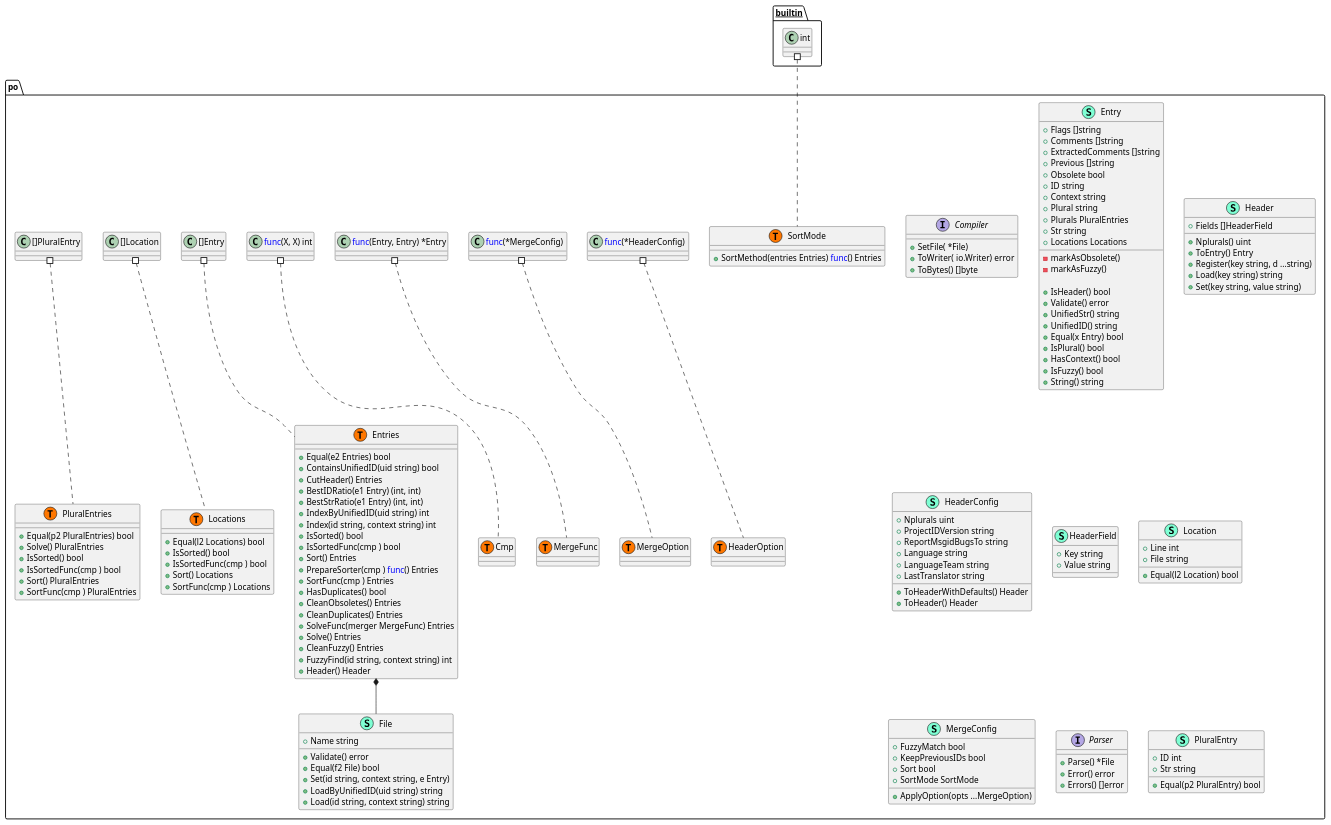
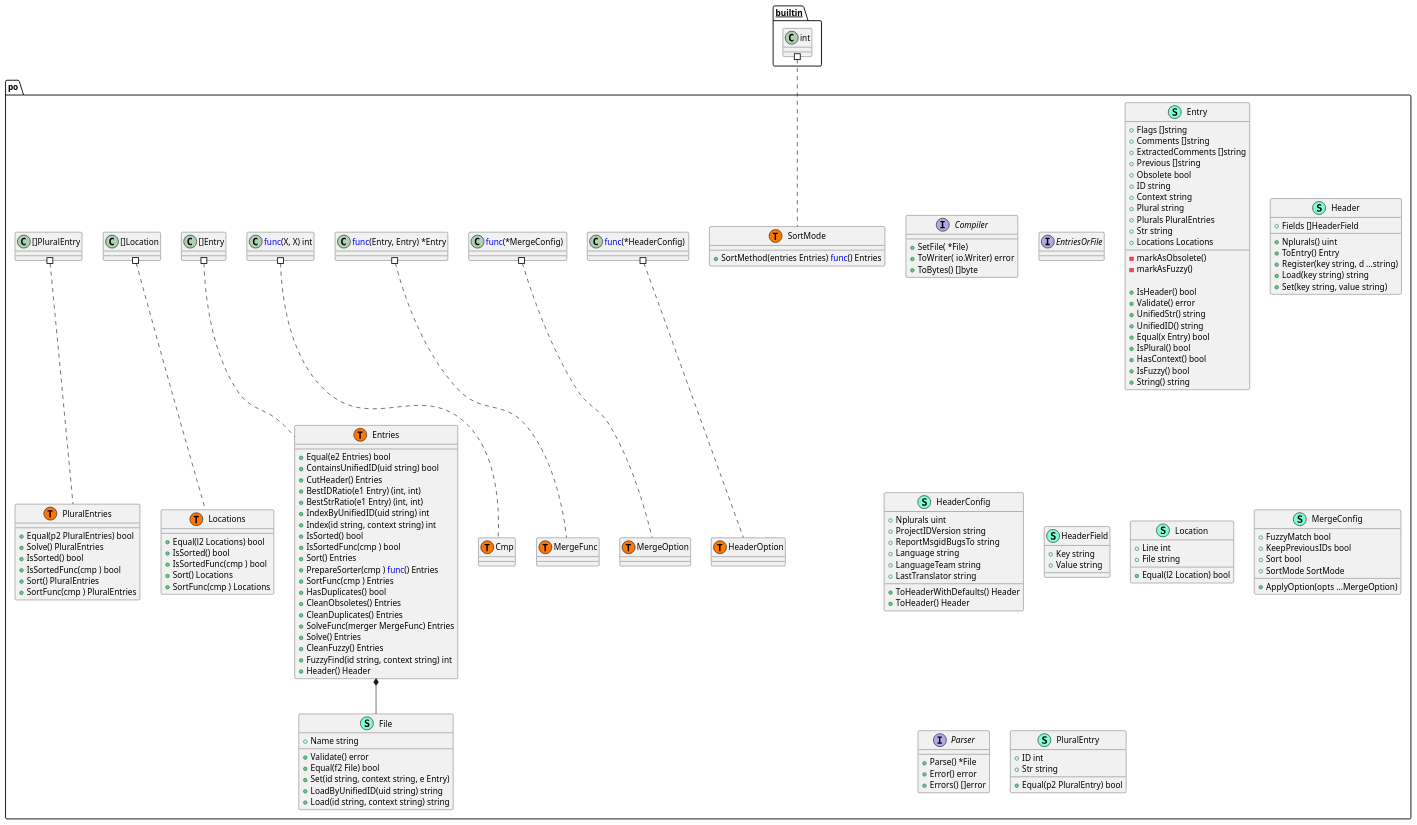
Before and after one commit to Tom5521/gotext-tools: the diagram in pkg/po/structure.puml, drawn with PlantUML. The commit also changed 8 other files, not shown here.

```diff
--- a/pkg/po/structure.puml
+++ b/pkg/po/structure.puml
@@ -1,174 +1,176 @@
 @startuml
 namespace po {
     interface Compiler  {
         + SetFile( *File) 
         + ToWriter( io.Writer) error
         + ToBytes() []byte
 
     }
     class Entries << (S,Aquamarine) >> {
         + Equal(e2 Entries) bool
         + ContainsUnifiedID(uid string) bool
         + CutHeader() Entries
         + BestIDRatio(e1 Entry) (int, int)
         + BestStrRatio(e1 Entry) (int, int)
         + IndexByUnifiedID(uid string) int
         + Index(id string, context string) int
         + IsSorted() bool
         + IsSortedFunc(cmp ) bool
         + Sort() Entries
         + PrepareSorter(cmp ) <font color=blue>func</font>() Entries
         + SortFunc(cmp ) Entries
         + HasDuplicates() bool
         + CleanObsoletes() Entries
         + CleanDuplicates() Entries
         + SolveFunc(merger MergeFunc) Entries
         + Solve() Entries
         + CleanFuzzy() Entries
         + FuzzyFind(id string, context string) int
         + Header() Header
 
+    }
+    interface EntriesOrFile  {
     }
     class Entry << (S,Aquamarine) >> {
         + Flags []string
         + Comments []string
         + ExtractedComments []string
         + Previous []string
         + Obsolete bool
         + ID string
         + Context string
         + Plural string
         + Plurals PluralEntries
         + Str string
         + Locations Locations
 
         - markAsObsolete() 
         - markAsFuzzy() 
 
         + IsHeader() bool
         + Validate() error
         + UnifiedStr() string
         + UnifiedID() string
         + Equal(x Entry) bool
         + IsPlural() bool
         + HasContext() bool
         + IsFuzzy() bool
         + String() string
 
     }
     class File << (S,Aquamarine) >> {
         + Name string
 
         + Validate() error
         + Equal(f2 File) bool
         + Set(id string, context string, e Entry) 
         + LoadByUnifiedID(uid string) string
         + Load(id string, context string) string
 
     }
     class Header << (S,Aquamarine) >> {
         + Fields []HeaderField
 
         + Nplurals() uint
         + ToEntry() Entry
         + Register(key string, d ...string) 
         + Load(key string) string
         + Set(key string, value string) 
 
     }
     class HeaderConfig << (S,Aquamarine) >> {
         + Nplurals uint
         + ProjectIDVersion string
         + ReportMsgidBugsTo string
         + Language string
         + LanguageTeam string
         + LastTranslator string
 
         + ToHeaderWithDefaults() Header
         + ToHeader() Header
 
     }
     class HeaderField << (S,Aquamarine) >> {
         + Key string
         + Value string
 
     }
     class Location << (S,Aquamarine) >> {
         + Line int
         + File string
 
         + Equal(l2 Location) bool
 
     }
     class Locations << (S,Aquamarine) >> {
         + Equal(l2 Locations) bool
         + IsSorted() bool
         + IsSortedFunc(cmp ) bool
         + Sort() Locations
         + SortFunc(cmp ) Locations
 
     }
     class MergeConfig << (S,Aquamarine) >> {
         + FuzzyMatch bool
         + KeepPreviousIDs bool
         + Sort bool
         + SortMode SortMode
 
         + ApplyOption(opts ...MergeOption) 
 
     }
     interface Parser  {
         + Parse() *File
         + Error() error
         + Errors() []error
 
     }
     class PluralEntries << (S,Aquamarine) >> {
         + Equal(p2 PluralEntries) bool
         + Solve() PluralEntries
         + IsSorted() bool
         + IsSortedFunc(cmp ) bool
         + Sort() PluralEntries
         + SortFunc(cmp ) PluralEntries
 
     }
     class PluralEntry << (S,Aquamarine) >> {
         + ID int
         + Str string
 
         + Equal(p2 PluralEntry) bool
 
     }
     class SortMode << (S,Aquamarine) >> {
         + SortMethod(entries Entries) <font color=blue>func</font>() Entries
 
     }
     class po.Cmp << (T, #FF7700) >>  {
     }
     class po.Entries << (T, #FF7700) >>  {
     }
     class po.HeaderOption << (T, #FF7700) >>  {
     }
     class po.Locations << (T, #FF7700) >>  {
     }
     class po.MergeFunc << (T, #FF7700) >>  {
     }
     class po.MergeOption << (T, #FF7700) >>  {
     }
     class po.PluralEntries << (T, #FF7700) >>  {
     }
     class po.SortMode << (T, #FF7700) >>  {
     }
 }
 "po.Entries" *-- "po.File"
 
 
 "__builtin__.int" #.. "po.SortMode"
 "po.<font color=blue>func</font>(*HeaderConfig) " #.. "po.HeaderOption"
 "po.<font color=blue>func</font>(*MergeConfig) " #.. "po.MergeOption"
 "po.<font color=blue>func</font>(Entry, Entry) *Entry" #.. "po.MergeFunc"
 "po.<font color=blue>func</font>(X, X) int" #.. "po.Cmp"
 "po.[]Entry" #.. "po.Entries"
 "po.[]Location" #.. "po.Locations"
 "po.[]PluralEntry" #.. "po.PluralEntries"
 @enduml
```
